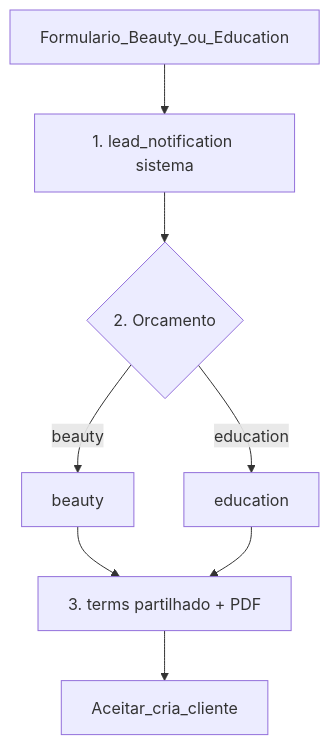
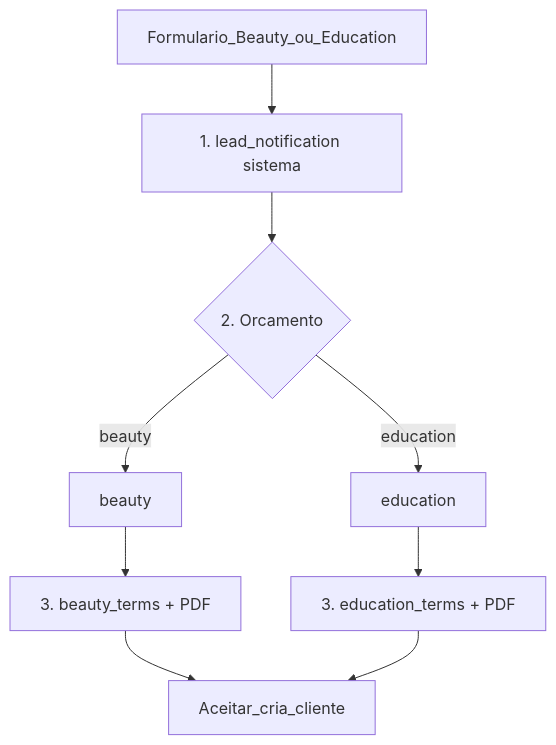
Before and after one commit to jaimevidex/miana: the fourth of 4 diagrams in docs/EMAIL-FLOWS.md, drawn with Mermaid. The commit also changed other lines of this file and 23 other files, not shown here.

````diff
--- a/docs/EMAIL-FLOWS.md
+++ b/docs/EMAIL-FLOWS.md
@@ -105,11 +96,12 @@
 ```mermaid
 flowchart TD
   submit[Formulario_Beauty_ou_Education]
   submit --> notif["1. lead_notification sistema"]
   notif --> quote{"2. Orcamento"}
   quote -->|beauty| beautyTpl[beauty]
   quote -->|education| educationTpl[education]
-  beautyTpl --> terms["3. terms partilhado + PDF"]
-  educationTpl --> terms
-  terms --> accept[Aceitar_cria_cliente]
+  beautyTpl --> termsB["3. beauty_terms + PDF"]
+  educationTpl --> termsE["3. education_terms + PDF"]
+  termsB --> accept[Aceitar_cria_cliente]
+  termsE --> accept
 ```
````
